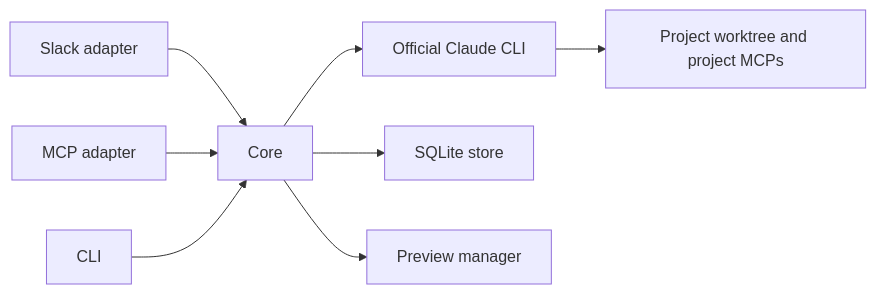
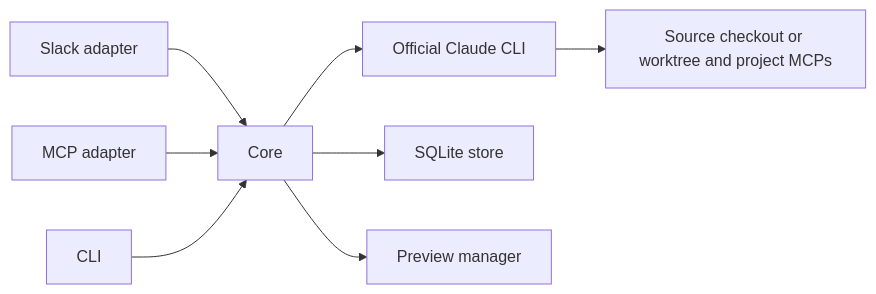
Before and after one commit to usedilver/regent: the diagram in ARCHITECTURE.md, drawn with Mermaid. The commit also changed other lines of this file and 3 other files, not shown here.

````diff
--- a/ARCHITECTURE.md
+++ b/ARCHITECTURE.md
@@ -13,10 +13,10 @@
 ```mermaid
 flowchart LR
     Slack[Slack adapter] --> Core[Core]
     MCP[MCP adapter] --> Core
     CLI[CLI] --> Core
     Core --> Runner[Official Claude CLI]
     Core --> Store[SQLite store]
     Core --> Previews[Preview manager]
-    Runner --> Project[Project worktree and project MCPs]
+    Runner --> Project[Source checkout or worktree and project MCPs]
 ```
````
